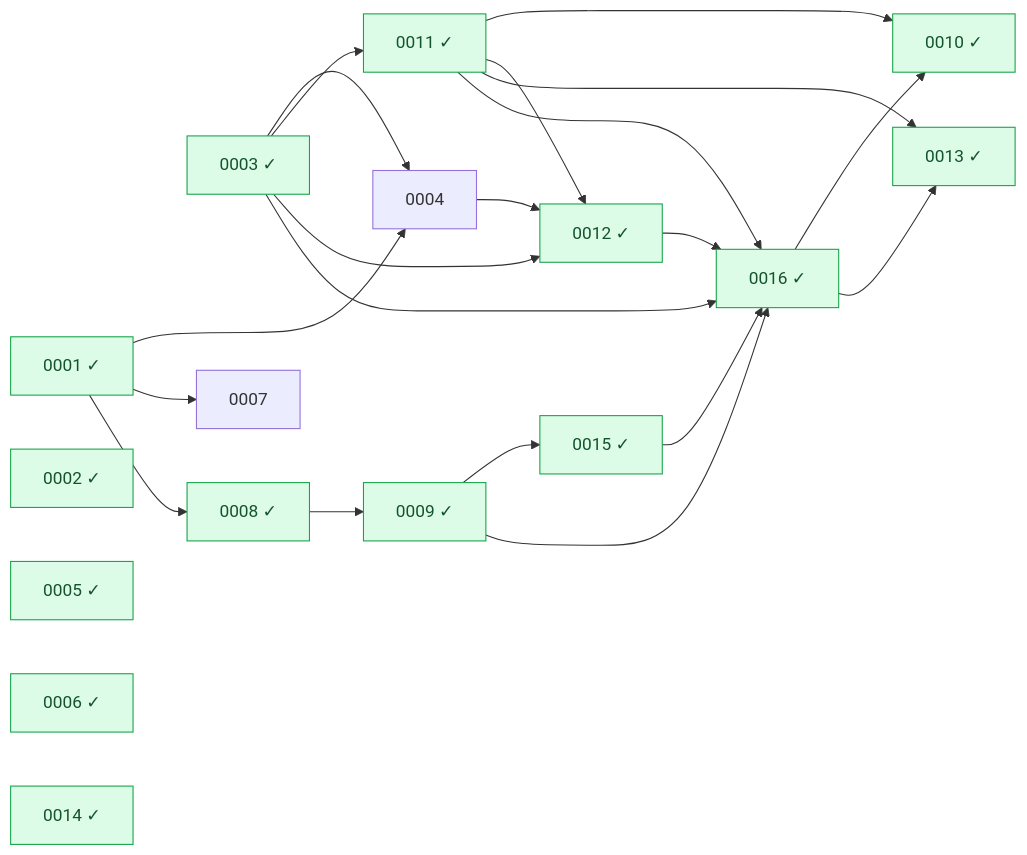
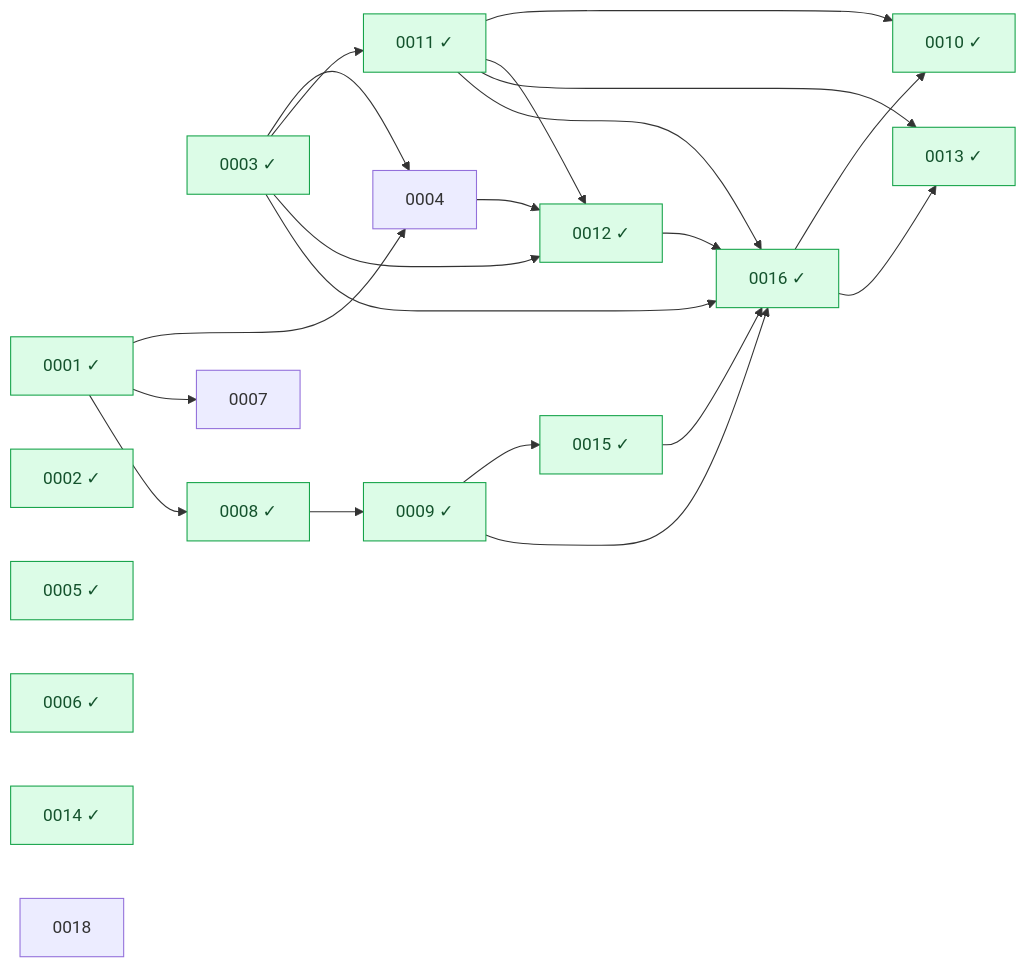
The diagram in docs/rfcs/README.md (Heva-Co/piro), drawn with Mermaid before and after one commit. The commit also changed other lines of this file and 15 other files, not shown here.

````diff
--- a/docs/rfcs/README.md
+++ b/docs/rfcs/README.md
@@ -40,53 +41,54 @@
 ```mermaid
 graph LR
   n0001["0001 ✓"]
   n0002["0002 ✓"]
   n0003["0003 ✓"]
   n0004["0004"]
   n0005["0005 ✓"]
   n0006["0006 ✓"]
   n0007["0007"]
   n0008["0008 ✓"]
   n0009["0009 ✓"]
   n0010["0010 ✓"]
   n0011["0011 ✓"]
   n0012["0012 ✓"]
   n0013["0013 ✓"]
   n0014["0014 ✓"]
   n0015["0015 ✓"]
   n0016["0016 ✓"]
+  n0018["0018"]
   n0001 --> n0004
   n0003 --> n0004
   n0001 --> n0007
   n0001 --> n0008
   n0008 --> n0009
   n0011 --> n0010
   n0016 --> n0010
   n0003 --> n0011
   n0003 --> n0012
   n0004 --> n0012
   n0011 --> n0012
   n0011 --> n0013
   n0016 --> n0013
   n0009 --> n0015
   n0003 --> n0016
   n0009 --> n0016
   n0011 --> n0016
   n0012 --> n0016
   n0015 --> n0016
   classDef done fill:#dcfce7,stroke:#16a34a,color:#14532d;
   class n0001 done;
   class n0002 done;
   class n0003 done;
   class n0005 done;
   class n0006 done;
   class n0008 done;
   class n0009 done;
   class n0010 done;
   class n0011 done;
   class n0012 done;
   class n0013 done;
   class n0014 done;
   class n0015 done;
   class n0016 done;
 ```
````
